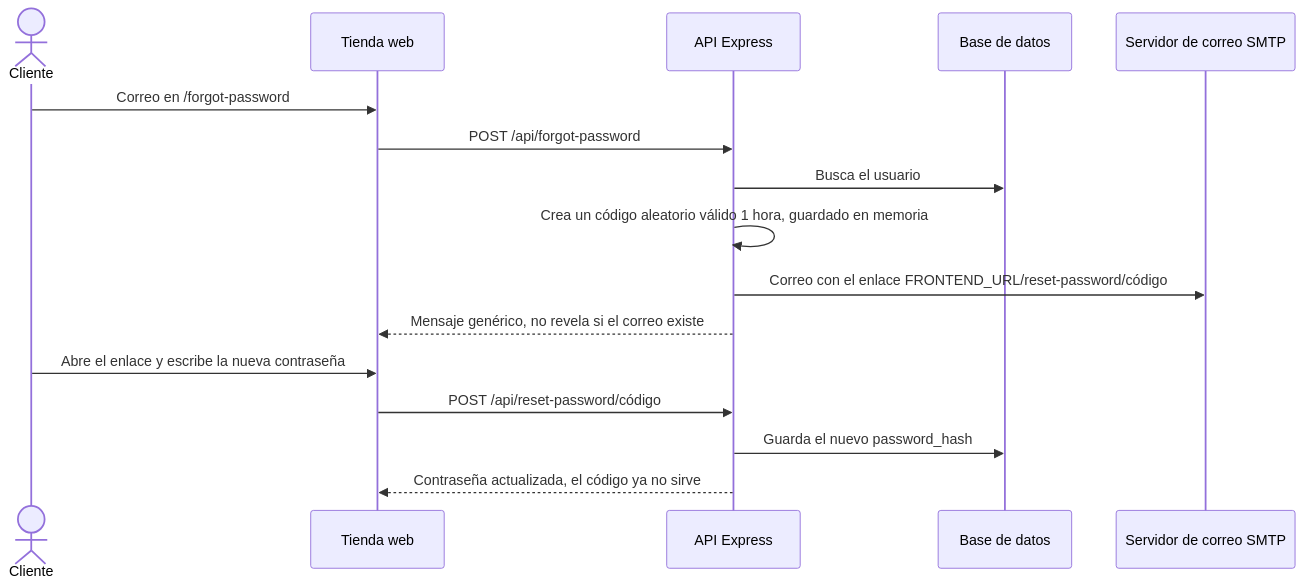
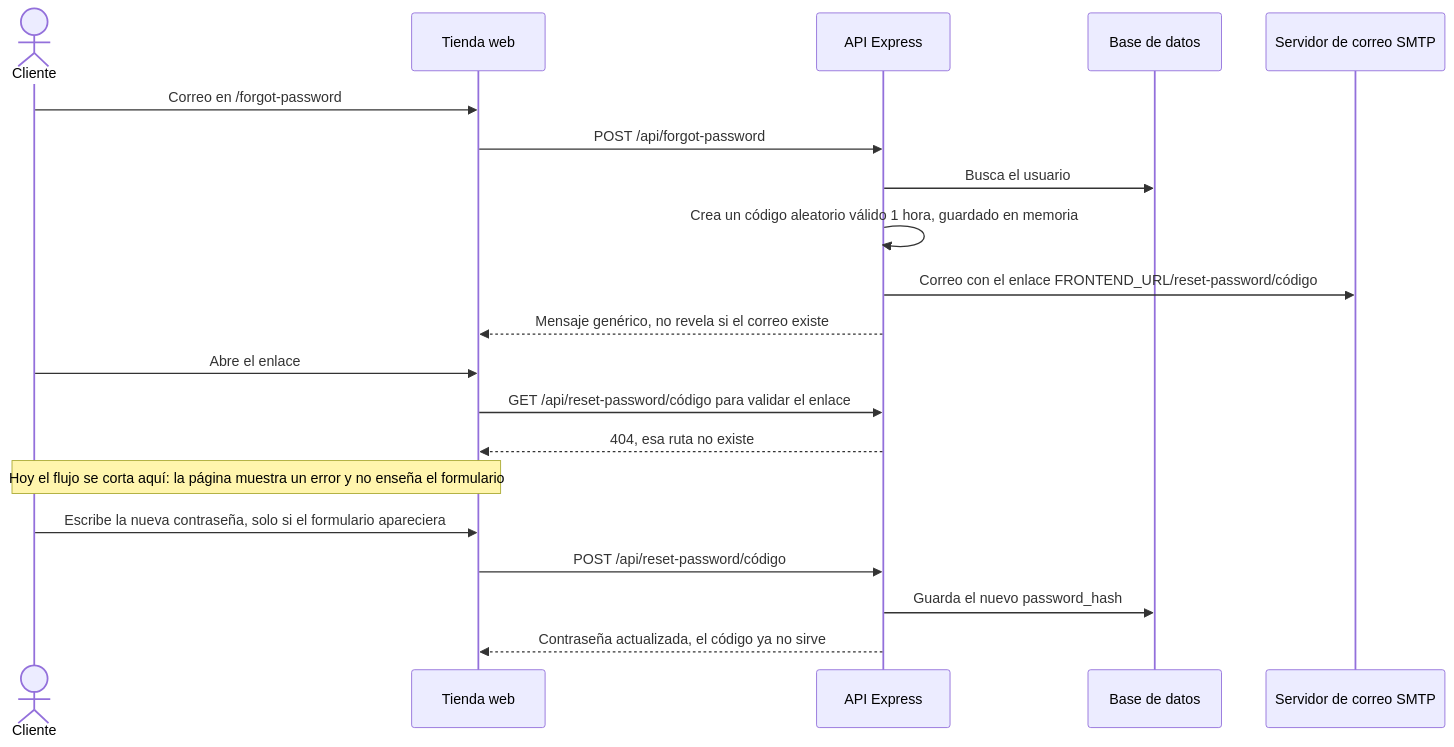
Before and after one commit to cristian-0023/SUPER-GELATTO: the fifth of 8 diagrams in docs/arquitectura/08-flujos.md, drawn with Mermaid. The commit also changed other lines of this file and 3 other files, not shown here.

````diff
--- a/docs/arquitectura/08-flujos.md
+++ b/docs/arquitectura/08-flujos.md
@@ -121,18 +121,22 @@
 ```mermaid
 sequenceDiagram
   actor C as Cliente
   participant W as Tienda web
   participant API as API Express
   participant DB as Base de datos
   participant M as Servidor de correo SMTP
   C->>W: Correo en /forgot-password
   W->>API: POST /api/forgot-password
   API->>DB: Busca el usuario
   API->>API: Crea un código aleatorio válido 1 hora, guardado en memoria
   API->>M: Correo con el enlace FRONTEND_URL/reset-password/código
   API-->>W: Mensaje genérico, no revela si el correo existe
-  C->>W: Abre el enlace y escribe la nueva contraseña
+  C->>W: Abre el enlace
+  W->>API: GET /api/reset-password/código para validar el enlace
+  API-->>W: 404, esa ruta no existe
+  Note over C,W: Hoy el flujo se corta aquí: la página muestra un error y no enseña el formulario
+  C->>W: Escribe la nueva contraseña, solo si el formulario apareciera
   W->>API: POST /api/reset-password/código
   API->>DB: Guarda el nuevo password_hash
   API-->>W: Contraseña actualizada, el código ya no sirve
 ```
````
